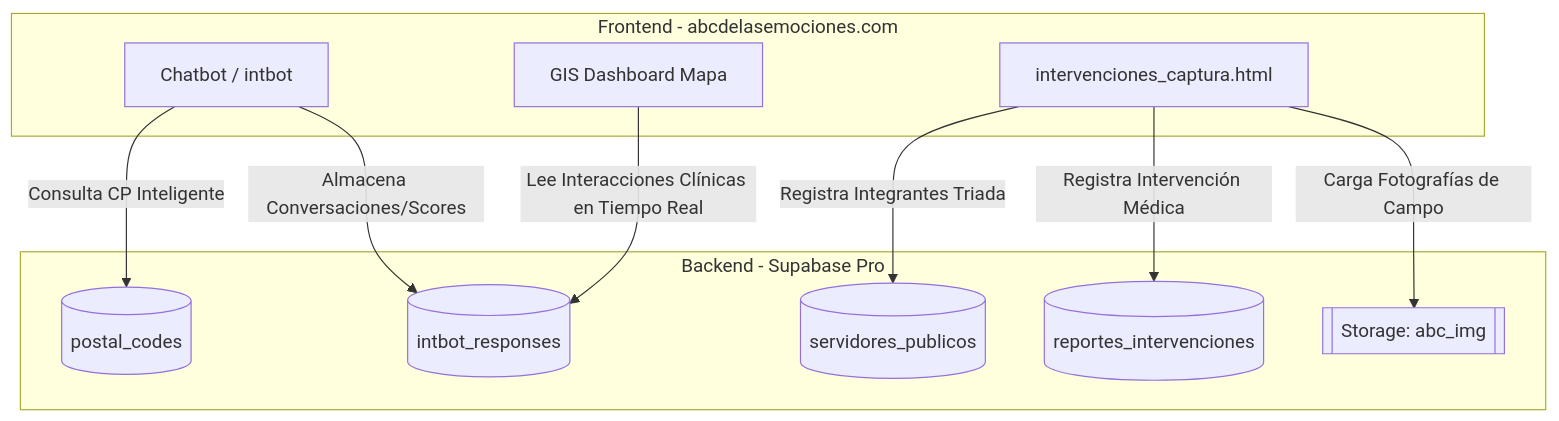
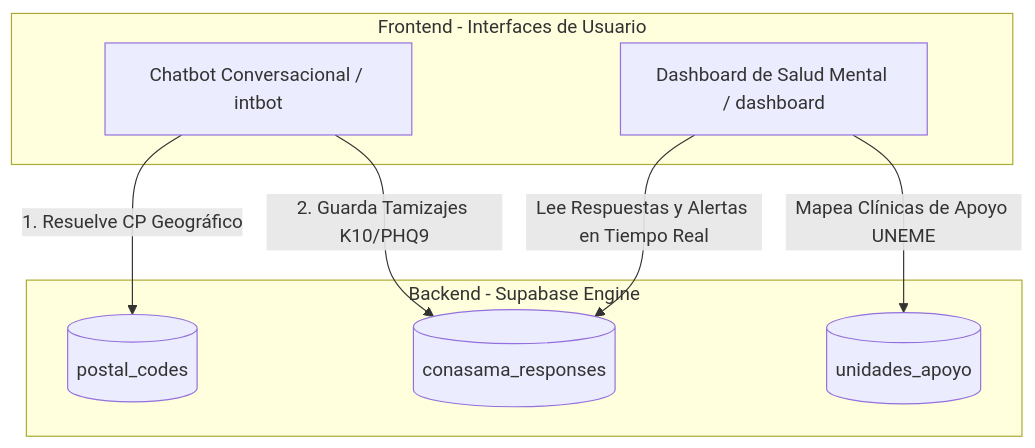
One commit to mexjsa/saludmental changed the diagram in entregable_tecnico_conasama.md. Above: the diagram before and after it, drawn with Mermaid. The commit also changed other lines of this file and 1 other file, not shown here.

Commit message:
Docs: Refactor technical deliverable and PDF to focus 100% on chatbot and dashboard under correct invoice UUID

````diff
--- a/entregable_tecnico_conasama.md
+++ b/entregable_tecnico_conasama.md
@@ -75,25 +39,19 @@
 ```mermaid
 graph TD
-    subgraph Frontend - abcdelasemociones.com
-        B1[Chatbot / intbot]
-        C2[intervenciones_captura.html]
-        D2[GIS Dashboard Mapa]
+    subgraph Frontend - Interfaces de Usuario
+        B1[Chatbot Conversacional / intbot]
+        D1[Dashboard de Salud Mental / dashboard]
     end
 
-    subgraph Backend - Supabase Pro
-        T4[(postal_codes)]
-        T5[(intbot_responses)]
-        T2[(servidores_publicos)]
-        T6[(reportes_intervenciones)]
-        S1[[Storage: abc_img]]
+    subgraph Backend - Supabase Engine
+        T1[(postal_codes)]
+        T2[(conasama_responses)]
+        T3[(unidades_apoyo)]
     end
 
-    B1 -- Consulta CP Inteligente --> T4
-    B1 -- Almacena Conversaciones/Scores --> T5
+    B1 -- 1. Resuelve CP Geográfico --> T1
+    B1 -- 2. Guarda Tamizajes K10/PHQ9 --> T2
     
-    C2 -- Carga Fotografías de Campo --> S1
-    C2 -- Registra Integrantes Triada --> T2
-    C2 -- Registra Intervención Médica --> T6
-
-    D2 -- Lee Interacciones Clínicas en Tiempo Real --> T5
+    D1 -- Lee Respuestas y Alertas en Tiempo Real --> T2
+    D1 -- Mapea Clínicas de Apoyo UNEME --> T3
 ```
````
